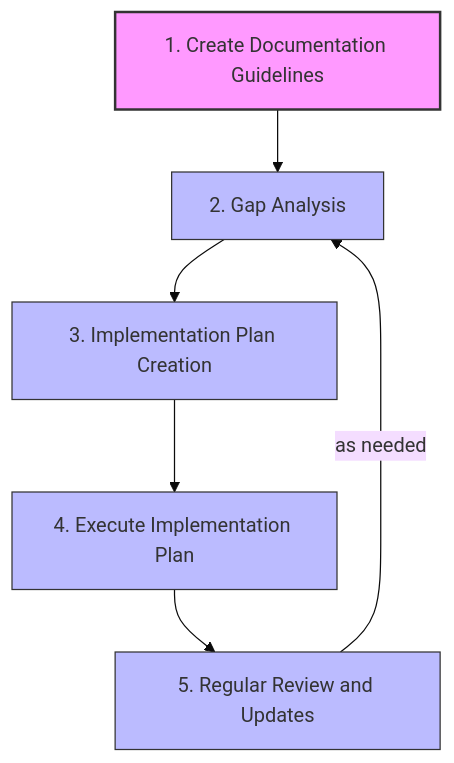
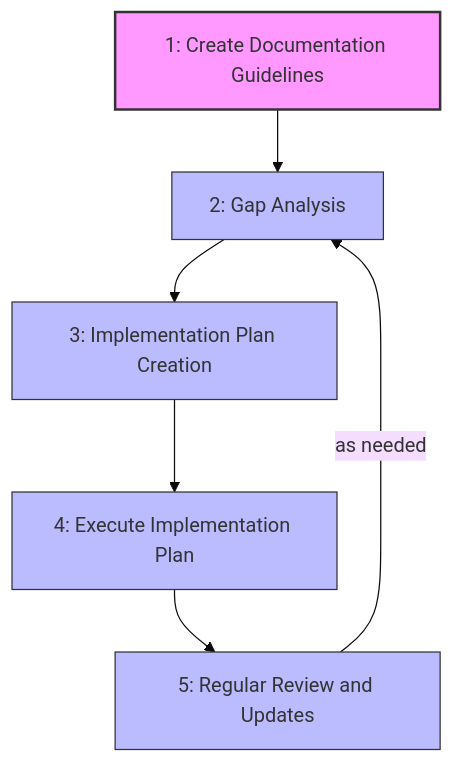
Before and after one commit to ToyB0x/ai-coding-rules: the second of 2 diagrams in README.md, drawn with Mermaid (base theme).

Commit message:
docs: update mermaid diagram labels for consistency in README

````diff
--- a/README.md
+++ b/README.md
@@ -124,13 +124,13 @@
 ```mermaid
 graph TD
-    A["1. Create Documentation Guidelines"] --> B["2. Gap Analysis"]
-    B --> C["3. Implementation Plan Creation"]
-    C --> D["4. Execute Implementation Plan"]
-    D --> E["5. Regular Review and Updates"]
+    A["1: Create Documentation Guidelines"] --> B["2: Gap Analysis"]
+    B --> C["3: Implementation Plan Creation"]
+    C --> D["4: Execute Implementation Plan"]
+    D --> E["5: Regular Review and Updates"]
     E -->|"as needed"| B
     style A fill:#f9f,stroke:#333,stroke-width:2px
     style B fill:#bbf,stroke:#333,stroke-width:1px
     style C fill:#bbf,stroke:#333,stroke-width:1px
     style D fill:#bbf,stroke:#333,stroke-width:1px
     style E fill:#bbf,stroke:#333,stroke-width:1px
 ```
````
